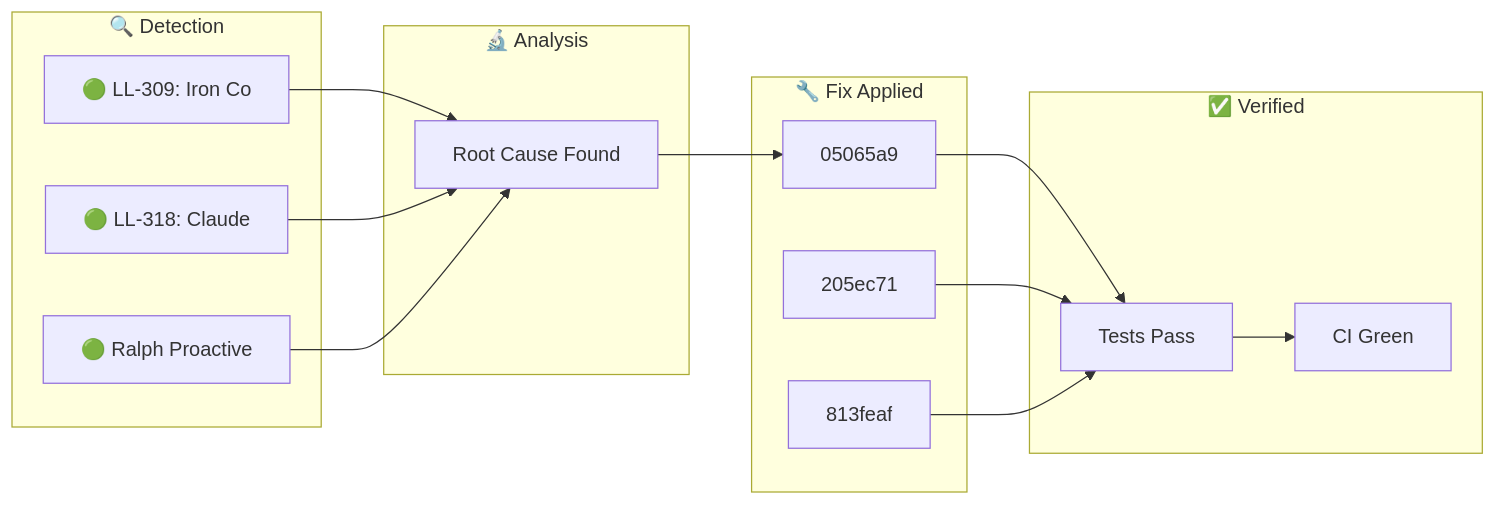
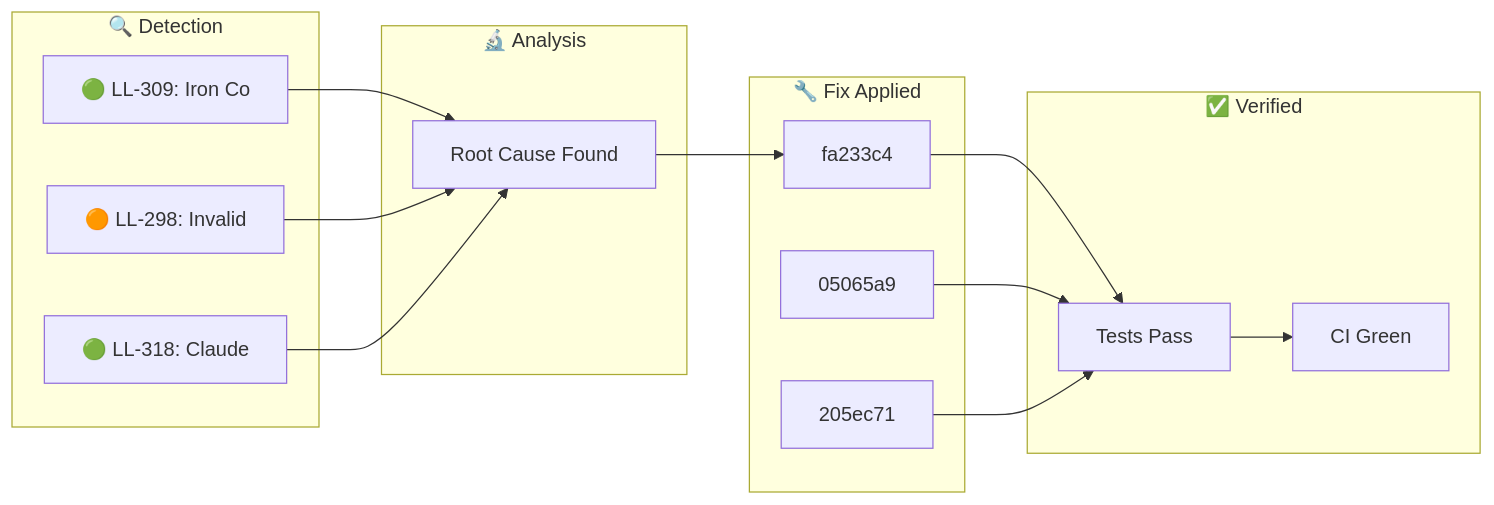
One commit to YoByron/trading changed the diagram in docs/_posts/2026-02-01-ralph-discovery.md. Above: the diagram before and after it, drawn with Mermaid. The commit also changed other lines of this file, not shown here.

Commit message:
docs(ralph): Auto-publish discovery blog post

````diff
--- a/docs/_posts/2026-02-01-ralph-discovery.md
+++ b/docs/_posts/2026-02-01-ralph-discovery.md
@@ -17,28 +17,28 @@
 ```mermaid
 flowchart LR
     subgraph Detection["🔍 Detection"]
         D1["🟢 LL-309: Iron Co"]
-        D2["🟢 LL-318: Claude "]
-        D3["🟢 Ralph Proactive"]
+        D2["🟠 LL-298: Invalid"]
+        D3["🟢 LL-318: Claude "]
     end
     subgraph Analysis["🔬 Analysis"]
         A1["Root Cause Found"]
     end
     subgraph Fix["🔧 Fix Applied"]
-        F1["05065a9"]
-        F2["205ec71"]
-        F3["813feaf"]
+        F1["fa233c4"]
+        F2["05065a9"]
+        F3["205ec71"]
     end
     subgraph Verify["✅ Verified"]
         V1["Tests Pass"]
         V2["CI Green"]
     end
     D1 --> A1
     D2 --> A1
     D3 --> A1
     A1 --> F1
     F1 --> V1
     F2 --> V1
     F3 --> V1
     V1 --> V2
 ```
````
